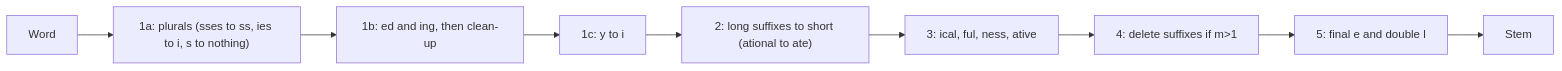
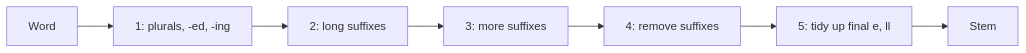
One commit to TrendySloth1001/sem-seven-notes changed the diagram in content/natural-language-processing/pyq/2025-05/q3a.mdx. Above: the diagram before and after it, drawn with Mermaid. The commit also changed other lines of this file and 406 other files, not shown here.

````diff
--- a/content/natural-language-processing/pyq/2025-05/q3a.mdx
+++ b/content/natural-language-processing/pyq/2025-05/q3a.mdx
@@ -11,12 +17,10 @@
 ```mermaid
-%% caption: The five steps of Porter's algorithm run in order. Each step only applies the longest matching suffix rule whose condition holds.
+%% caption: The five steps of the Porter stemmer. Rules in each step fire only if the condition on the stem is true.
 flowchart LR
-  A["Word"] --> B["1a: plurals (sses to ss, ies to i, s to nothing)"]
-  B --> C["1b: ed and ing, then clean-up"]
-  C --> D["1c: y to i"]
-  D --> E["2: long suffixes to short (ational to ate)"]
-  E --> F["3: ical, ful, ness, ative"]
-  F --> G["4: delete suffixes if m>1"]
-  G --> H["5: final e and double l"]
-  H --> I["Stem"]
+  A["Word"] --> B["1: plurals, -ed, -ing"]
+  B --> C["2: long suffixes"]
+  C --> D["3: more suffixes"]
+  D --> E["4: remove suffixes"]
+  E --> F["5: tidy up final e, ll"]
+  F --> G["Stem"]
 ```
````
